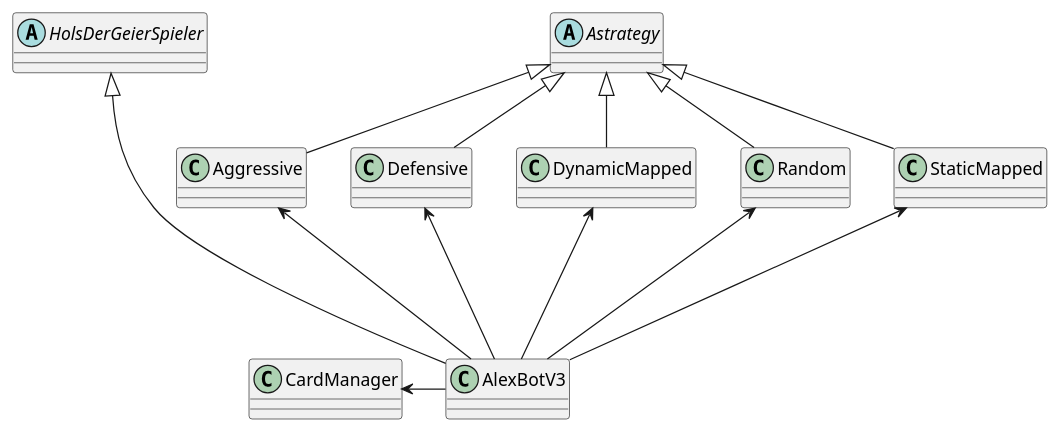
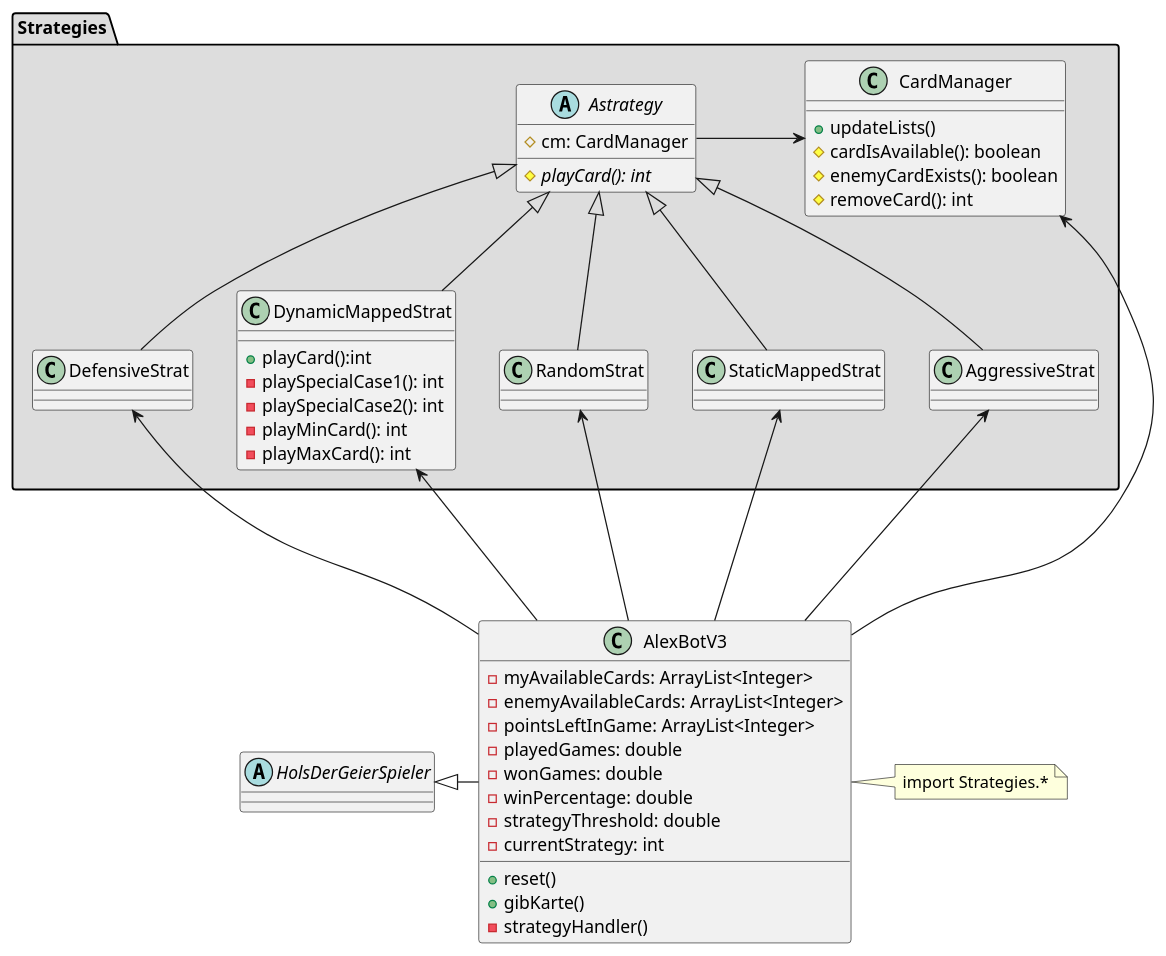
Before and after one commit to Galaktron234/Hols_der_Geier: the diagram in out/production/Hols_der_Geier/AlexBotV3.puml, drawn with PlantUML. The commit also changed other lines of this file and 30 other files, not shown here.

```diff
--- a/out/production/Hols_der_Geier/AlexBotV3.puml
+++ b/out/production/Hols_der_Geier/AlexBotV3.puml
@@ -1,28 +2,63 @@
 @startuml
 'https://plantuml.com/class-diagram
 
 abstract class HolsDerGeierSpieler
-abstract class Astrategy
-class AlexBotV3
-class CardManager
-class Aggressive
-class Defensive
-class DynamicMapped
-class Random
-class StaticMapped
 
 
-HolsDerGeierSpieler <|---- AlexBotV3
+class AlexBotV3{
+    - myAvailableCards: ArrayList<Integer>
+    - enemyAvailableCards: ArrayList<Integer>
+    - pointsLeftInGame: ArrayList<Integer>
+    - playedGames: double
+    - wonGames: double
+    - winPercentage: double
+    - strategyThreshold: double
+    - currentStrategy: int
+    + reset()
+    + gibKarte()
+    - strategyHandler()
+}
+class AlexBotV3
+note right: import Strategies.*
+
+package "Strategies" #DDDDDD{
+    abstract class Astrategy{
+         # cm: CardManager
+         # {abstract} playCard(): int
+    }
+    class CardManager{
+        + updateLists()
+        # cardIsAvailable(): boolean
+        # enemyCardExists(): boolean
+        # removeCard(): int
+    }
+
+    class AggressiveStrat
+    class DefensiveStrat
+    class DynamicMappedStrat{
+        + playCard():int
+        - playSpecialCase1(): int
+        - playSpecialCase2(): int
+        - playMinCard(): int
+        - playMaxCard(): int
+    }
+
+    class RandomStrat
+    class StaticMappedStrat
+}
+
+HolsDerGeierSpieler <|- AlexBotV3
+CardManager<-Astrategy
 CardManager <- AlexBotV3
-Astrategy <|-- Aggressive
-Astrategy <|-- Defensive
-Astrategy <|-- DynamicMapped
-Astrategy <|-- StaticMapped
-Astrategy <|-- Random
-Aggressive <--- AlexBotV3
-Defensive <--- AlexBotV3
-DynamicMapped <--- AlexBotV3
-StaticMapped <--- AlexBotV3
-Random <--- AlexBotV3
+Astrategy <|-- AggressiveStrat
+Astrategy <|-- DefensiveStrat
+Astrategy <|-- DynamicMappedStrat
+Astrategy <|-- StaticMappedStrat
+Astrategy <|-- RandomStrat
+AggressiveStrat <--- AlexBotV3
+DefensiveStrat <--- AlexBotV3
+DynamicMappedStrat <--- AlexBotV3
+StaticMappedStrat <--- AlexBotV3
+RandomStrat <--- AlexBotV3
 
 @enduml
```
